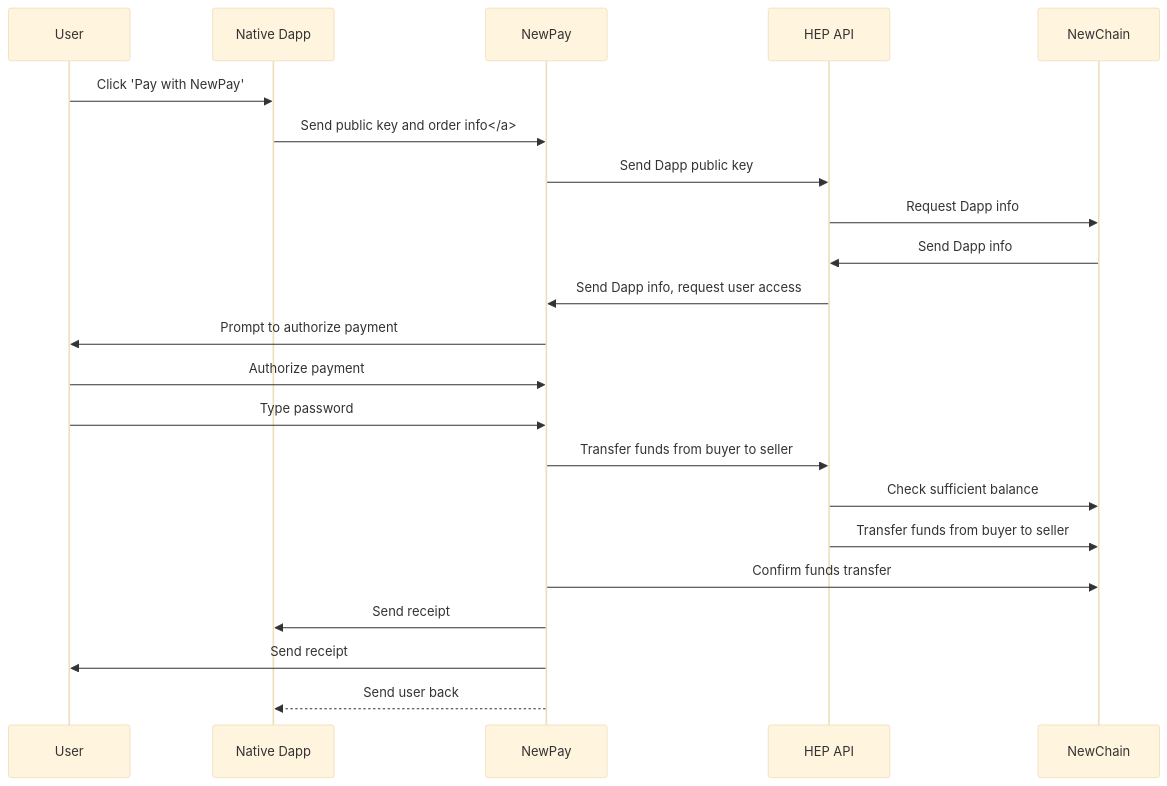
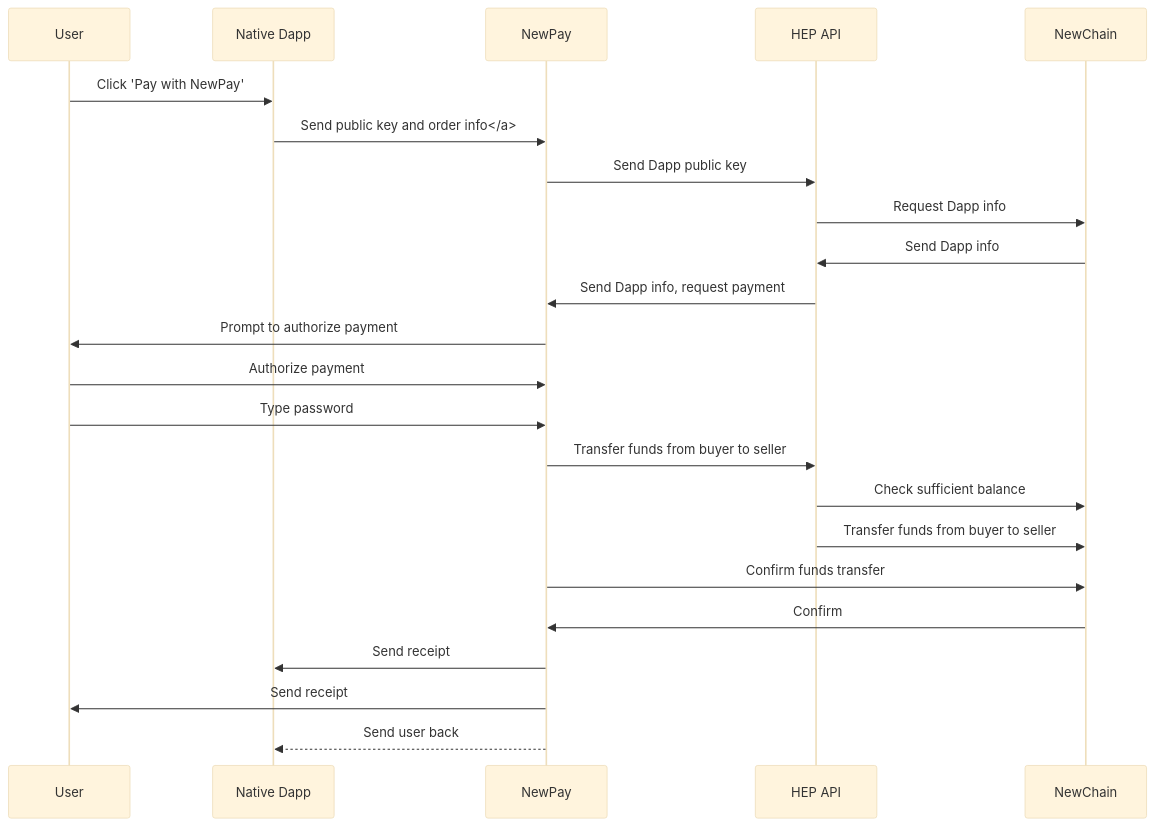
The diagram in payment_process.md (newtonproject/HEP-specification), drawn with Mermaid (base theme) before and after one commit.

````diff
--- a/payment_process.md
+++ b/payment_process.md
@@ -13,26 +13,27 @@
 ```mermaid
 
 sequenceDiagram;
     participant User;
     participant Native Dapp;
 	participant NewPay;
 	participant HEP API;
 	participant NewChain;
 
     User->>Native Dapp: Click 'Pay with NewPay';
 	Native Dapp->>NewPay: Send public key and order info</a>;
 	NewPay->>HEP API: Send Dapp public key;
 	HEP API->>NewChain: Request Dapp info;
 	NewChain->>HEP API: Send Dapp info;
-	HEP API->>NewPay: Send Dapp info, request user access;
+	HEP API->>NewPay: Send Dapp info, request payment;
 	NewPay->> User: Prompt to authorize payment;
 	User->>NewPay: Authorize payment;
 	User->>NewPay: Type password;
 	NewPay->>HEP API: Transfer funds from buyer to seller
 	HEP API->>NewChain: Check sufficient balance
 	HEP API->>NewChain: Transfer funds from buyer to seller
 	NewPay->>NewChain: Confirm funds transfer
+	NewChain->>NewPay: Confirm	
 	NewPay->>Native Dapp: Send receipt
 	NewPay->>User: Send receipt
 	NewPay-->>Native Dapp: Send user back;
 ```
````
